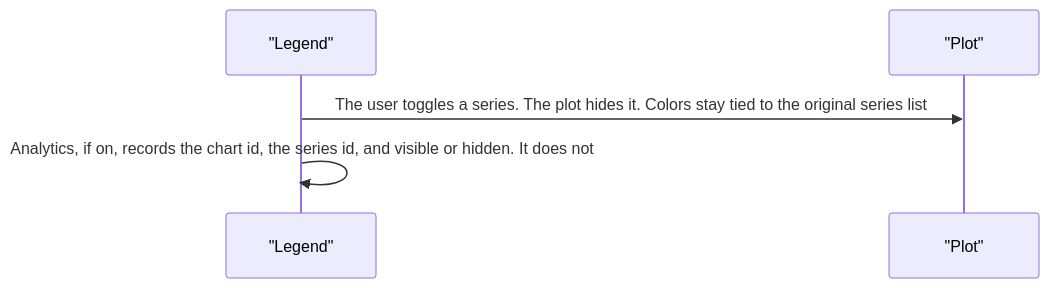
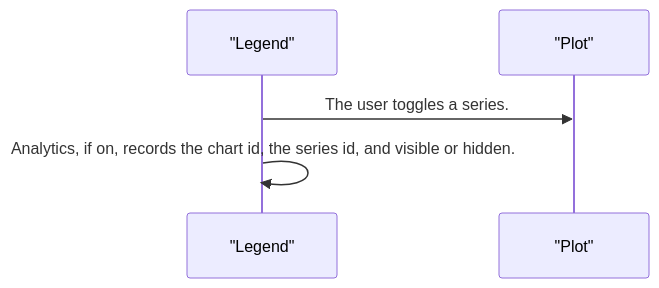
Before and after one commit to RajshekharBorate/pixel-ui: the third of 4 diagrams in projects/pixel-ui/src/lib/pixel-chart-shell/DESIGN.md, drawn with Mermaid. The commit also changed other lines of this file and 80 other files, not shown here.

Commit message:
Fill missing design flows and correct the stories that did not match component behavior.

````diff
--- a/projects/pixel-ui/src/lib/pixel-chart-shell/DESIGN.md
+++ b/projects/pixel-ui/src/lib/pixel-chart-shell/DESIGN.md
@@ -68,7 +68,7 @@
 ```mermaid
 sequenceDiagram
   participant legend as "Legend"
   participant plot as "Plot"
-  legend->>plot: The user toggles a series. The plot hides it. Colors stay tied to the original series list
-  legend->>legend: Analytics, if on, records the chart id, the series id, and visible or hidden. It does not 
+  legend->>plot: The user toggles a series.
+  legend->>legend: Analytics, if on, records the chart id, the series id, and visible or hidden.
 ```
````
